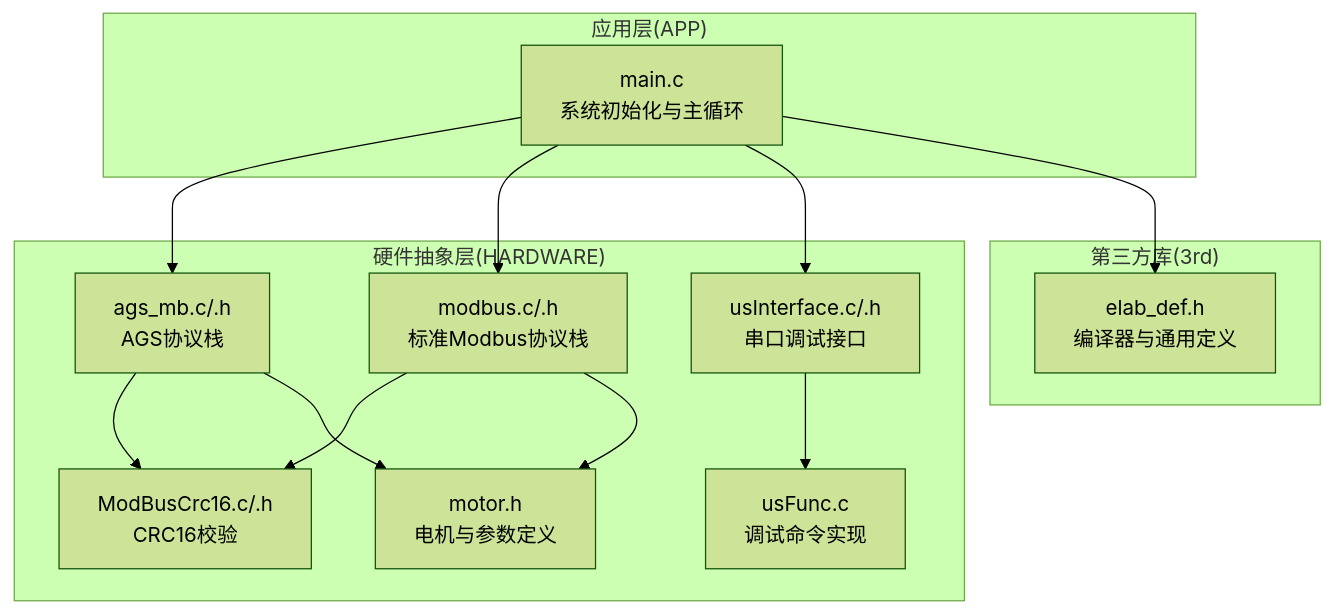
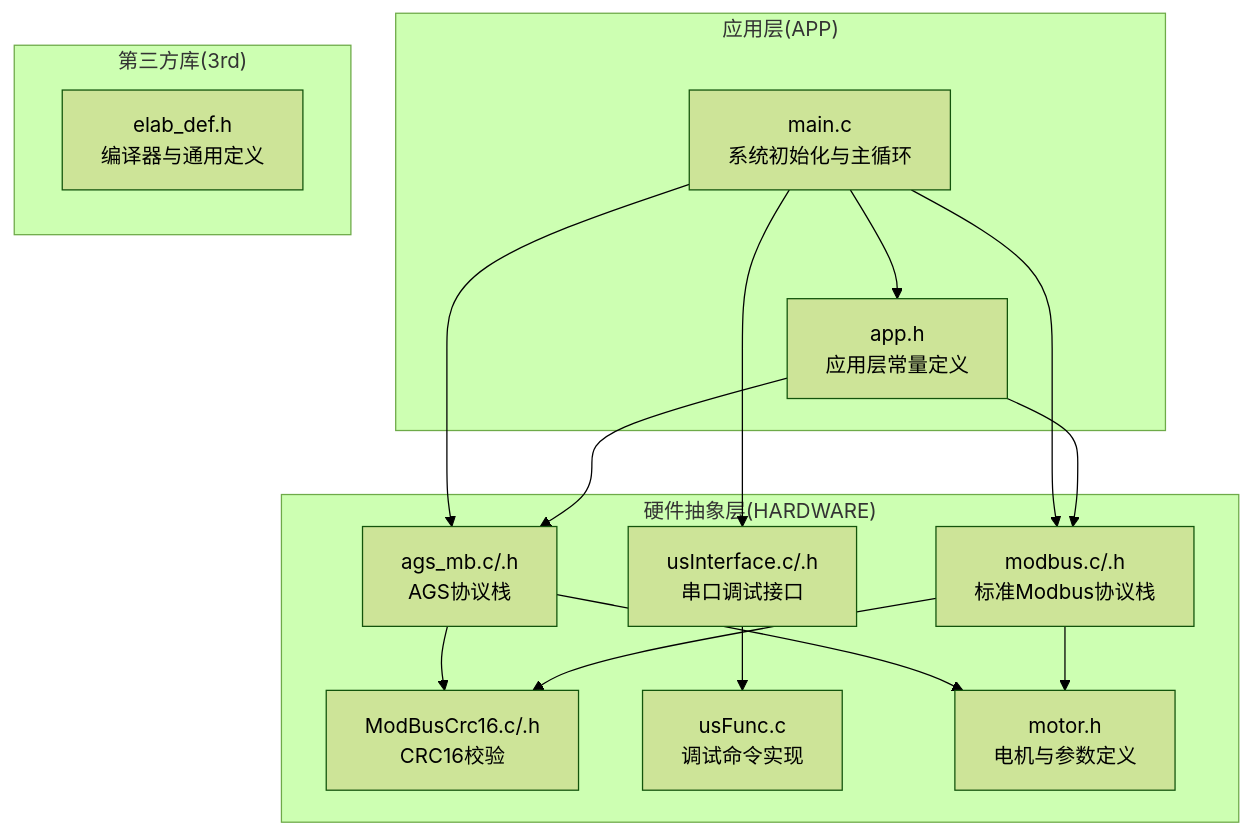
One commit to zym787/general-switcher changed the first of 6 diagrams in .qoder/repowiki/zh/content/通信协议栈/AGS协议详解.md. Above: the diagram before and after it, drawn with Mermaid (forest theme). The commit also changed other lines of this file and 5 other files, not shown here.

````diff
--- a/.qoder/repowiki/zh/content/通信协议栈/AGS协议详解.md
+++ b/.qoder/repowiki/zh/content/通信协议栈/AGS协议详解.md
@@ -36,26 +46,29 @@
 ```mermaid
 graph TB
 subgraph "应用层(APP)"
 MAIN["main.c<br/>系统初始化与主循环"]
+APP_H["app.h<br/>应用层常量定义"]
 end
 subgraph "硬件抽象层(HARDWARE)"
 AGS["ags_mb.c/.h<br/>AGS协议栈"]
 CRC["ModBusCrc16.c/.h<br/>CRC16校验"]
 MB["modbus.c/.h<br/>标准Modbus协议栈"]
 USI["usInterface.c/.h<br/>串口调试接口"]
 USF["usFunc.c<br/>调试命令实现"]
 MTR["motor.h<br/>电机与参数定义"]
 end
 subgraph "第三方库(3rd)"
 ELAB["elab_def.h<br/>编译器与通用定义"]
 end
 MAIN --> AGS
 MAIN --> MB
 AGS --> CRC
 MB --> CRC
 MAIN --> USI
 USI --> USF
 AGS --> MTR
 MB --> MTR
-MAIN --> ELAB
+MAIN --> APP_H
+APP_H --> AGS
+APP_H --> MB
 ```
````
